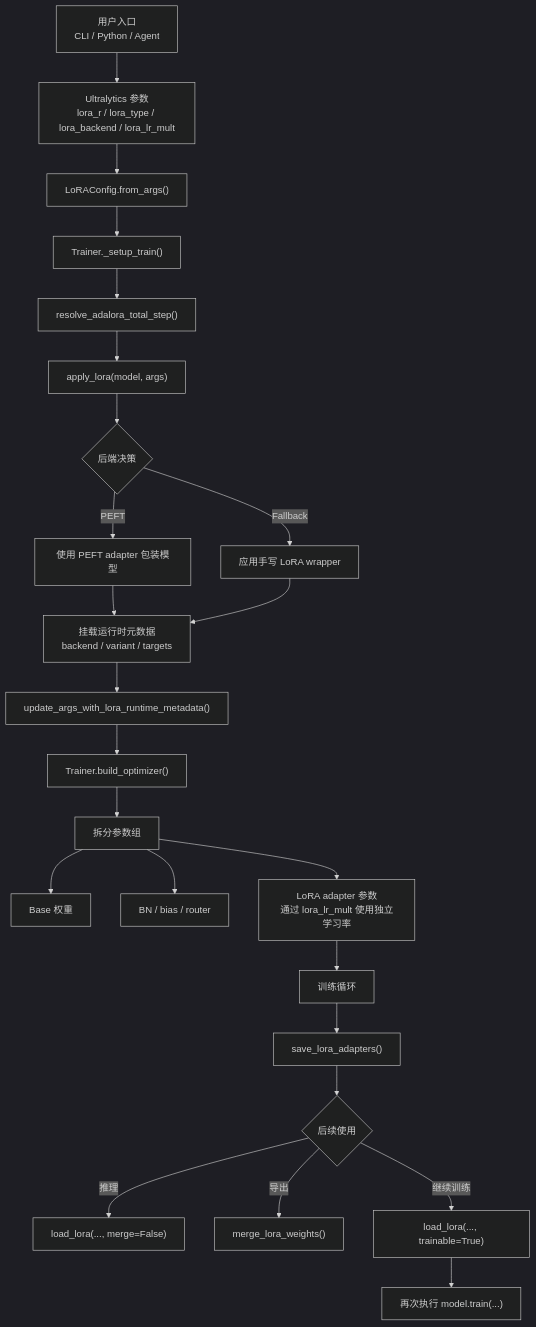
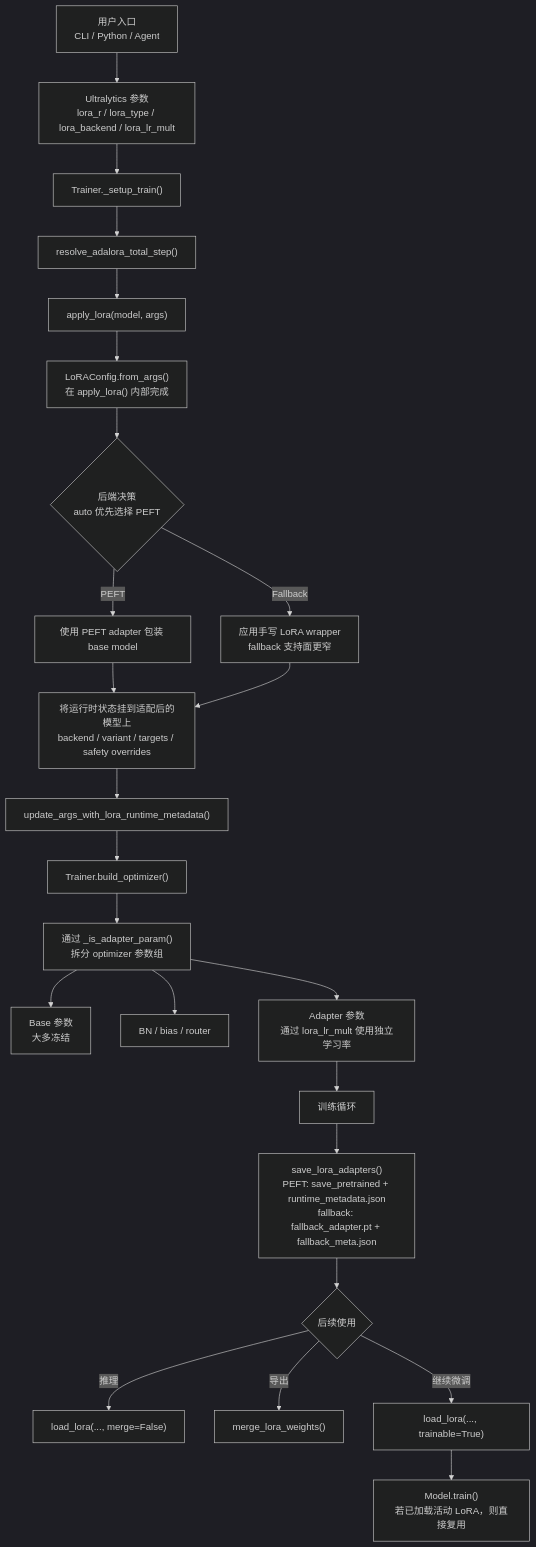
Before and after one commit to Tencent/YOLO-Master: the diagram in ultralytics/utils/lora/README.zh-CN.md, drawn with Mermaid (dark theme). The commit also changed 1 other file, not shown here.

Commit message:
Refine LoRA integration diagrams

````diff
--- a/ultralytics/utils/lora/README.zh-CN.md
+++ b/ultralytics/utils/lora/README.zh-CN.md
@@ -49,33 +49,33 @@
 ```mermaid
 flowchart TD
     A["用户入口<br/>CLI / Python / Agent"] --> B["Ultralytics 参数<br/>lora_r / lora_type / lora_backend / lora_lr_mult"]
-    B --> C["LoRAConfig.from_args()"]
-    C --> D["Trainer._setup_train()"]
+    B --> D["Trainer._setup_train()"]
 
     D --> E["resolve_adalora_total_step()"]
     E --> F["apply_lora(model, args)"]
+    F --> F1["LoRAConfig.from_args()<br/>在 apply_lora() 内部完成"]
 
-    F --> G{"后端决策"}
-    G -->|PEFT| H["使用 PEFT adapter 包装模型"]
-    G -->|Fallback| I["应用手写 LoRA wrapper"]
+    F1 --> G{"后端决策<br/>auto 优先选择 PEFT"}
+    G -->|PEFT| H["使用 PEFT adapter 包装 base model"]
+    G -->|Fallback| I["应用手写 LoRA wrapper<br/>fallback 支持面更窄"]
 
-    H --> J["挂载运行时元数据<br/>backend / variant / targets"]
+    H --> J["将运行时状态挂到适配后的模型上<br/>backend / variant / targets / safety overrides"]
     I --> J
 
     J --> K["update_args_with_lora_runtime_metadata()"]
     K --> L["Trainer.build_optimizer()"]
 
-    L --> M["拆分参数组"]
-    M --> M1["Base 权重"]
+    L --> M["通过 _is_adapter_param()<br/>拆分 optimizer 参数组"]
+    M --> M1["Base 参数<br/>大多冻结"]
     M --> M2["BN / bias / router"]
-    M --> M3["LoRA adapter 参数<br/>通过 lora_lr_mult 使用独立学习率"]
+    M --> M3["Adapter 参数<br/>通过 lora_lr_mult 使用独立学习率"]
 
     M3 --> N["训练循环"]
-    N --> O["save_lora_adapters()"]
+    N --> O["save_lora_adapters()<br/>PEFT: save_pretrained + runtime_metadata.json<br/>fallback: fallback_adapter.pt + fallback_meta.json"]
 
     O --> P{"后续使用"}
     P -->|推理| Q["load_lora(..., merge=False)"]
     P -->|导出| R["merge_lora_weights()"]
-    P -->|继续训练| S["load_lora(..., trainable=True)"]
-    S --> T["再次执行 model.train(...)"]
+    P -->|继续微调| S["load_lora(..., trainable=True)"]
+    S --> T["Model.train()<br/>若已加载活动 LoRA，则直接复用"]
 ```
````
